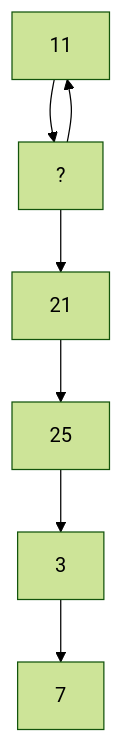
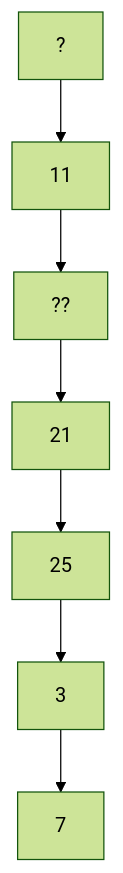
One commit to Amiyahvbest/Guessing.md changed the diagram in Guessing.md. Above: the diagram before and after it, drawn with Mermaid (forest theme).

Commit message:
Guessing.md

````diff
--- a/Guessing.md
+++ b/Guessing.md
@@ -1,9 +1,9 @@
 ```mermaid
 flowchart TD;
 3-->7
 ?-->11
-11-->?
-?-->21
+11-->??
+??-->21
 21-->25
 25-->3
 ```
````
